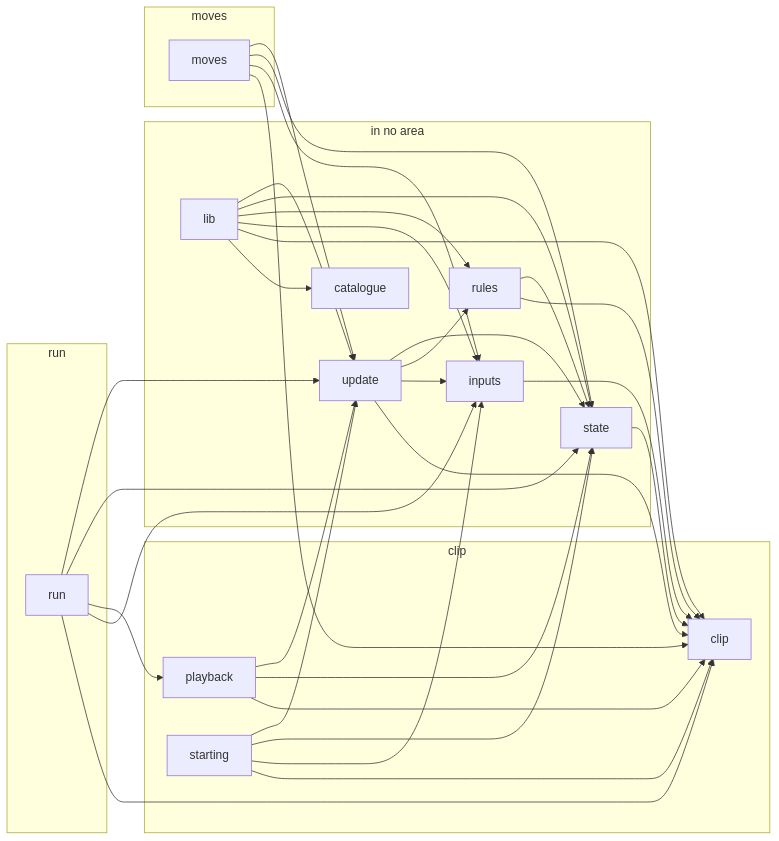
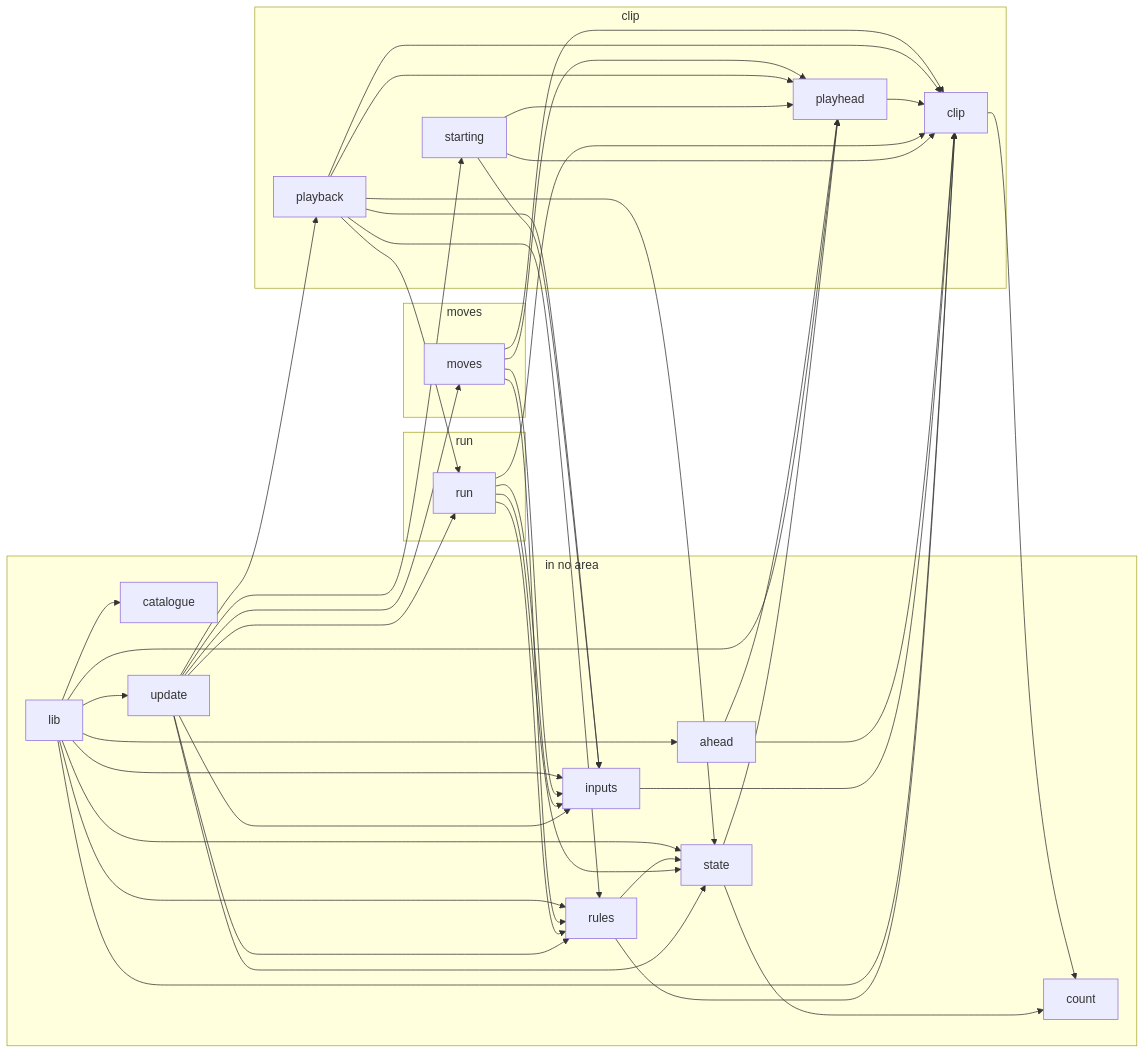
One commit to JimLundin/sm-decomp changed the seventh of 7 diagrams in docs/REPORT.md. Above: the diagram before and after it, drawn with Mermaid. The commit also changed other lines of this file and 37 other files, not shown here.

````diff
--- a/docs/REPORT.md
+++ b/docs/REPORT.md
@@ -1297,52 +1312,66 @@
 ```mermaid
 graph LR
   subgraph a_in_no_area["in no area"]
+    m_ahead["ahead"]
     m_catalogue["catalogue"]
+    m_count["count"]
     m_inputs["inputs"]
     m_lib["lib"]
     m_rules["rules"]
     m_state["state"]
     m_update["update"]
   end
   subgraph a_clip["clip"]
     m_clip["clip"]
     m_playback["playback"]
+    m_playhead["playhead"]
     m_starting["starting"]
   end
   subgraph a_moves["moves"]
     m_moves["moves"]
   end
   subgraph a_run["run"]
     m_run["run"]
   end
+  m_ahead --> m_clip
+  m_ahead --> m_playhead
+  m_clip --> m_count
   m_inputs --> m_clip
+  m_lib --> m_ahead
   m_lib --> m_catalogue
   m_lib --> m_clip
   m_lib --> m_inputs
+  m_lib --> m_playhead
   m_lib --> m_rules
   m_lib --> m_state
   m_lib --> m_update
   m_moves --> m_clip
   m_moves --> m_inputs
-  m_moves --> m_state
-  m_moves --> m_update
+  m_moves --> m_playhead
+  m_moves --> m_rules
   m_playback --> m_clip
+  m_playback --> m_inputs
+  m_playback --> m_playhead
+  m_playback --> m_rules
+  m_playback --> m_run
   m_playback --> m_state
-  m_playback --> m_update
+  m_playhead --> m_clip
   m_rules --> m_clip
   m_rules --> m_state
   m_run --> m_clip
   m_run --> m_inputs
-  m_run --> m_playback
+  m_run --> m_rules
   m_run --> m_state
-  m_run --> m_update
   m_starting --> m_clip
   m_starting --> m_inputs
-  m_starting --> m_state
-  m_starting --> m_update
-  m_state --> m_clip
-  m_update --> m_clip
+  m_starting --> m_playhead
+  m_state --> m_count
+  m_state --> m_playhead
   m_update --> m_inputs
+  m_update --> m_moves
+  m_update --> m_playback
   m_update --> m_rules
+  m_update --> m_run
+  m_update --> m_starting
   m_update --> m_state
 ```
````
